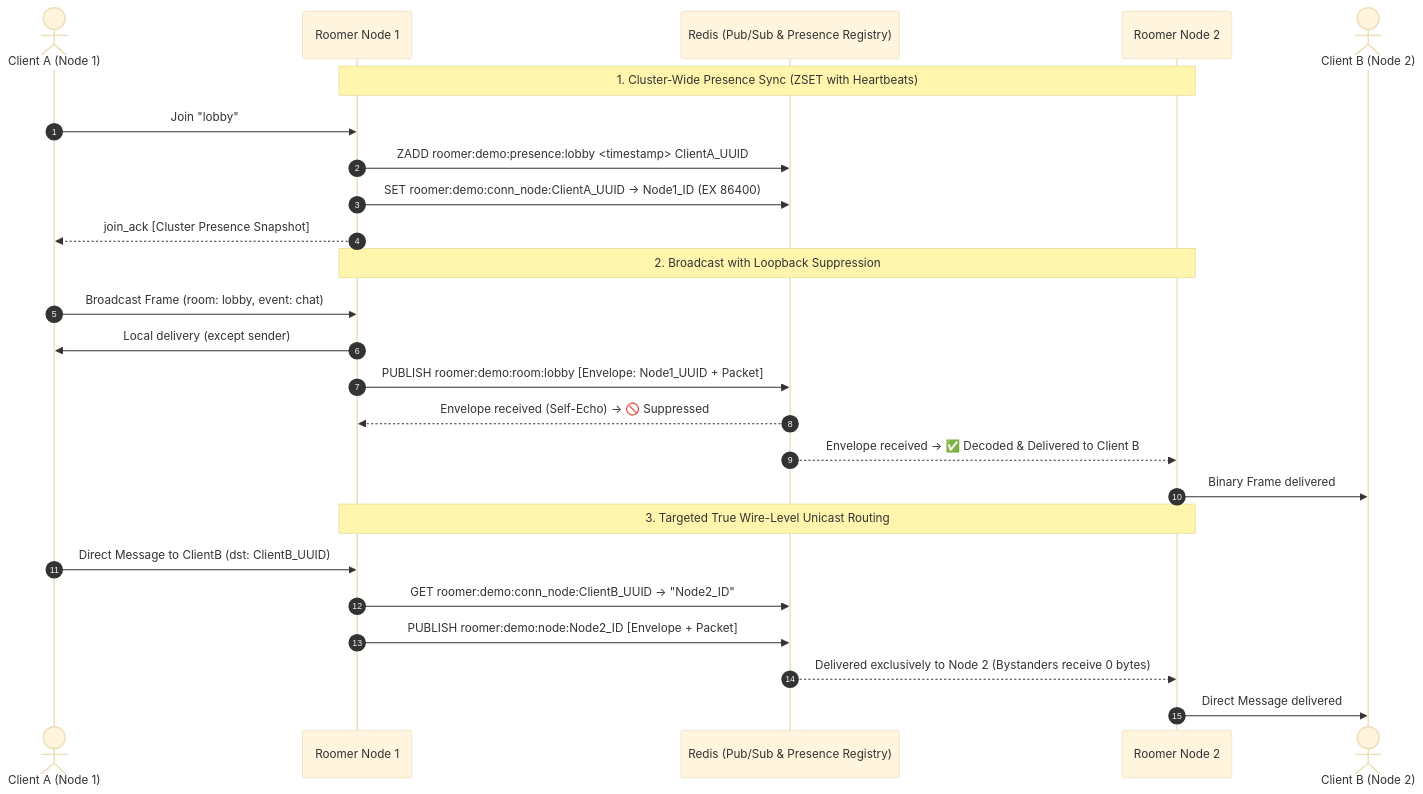
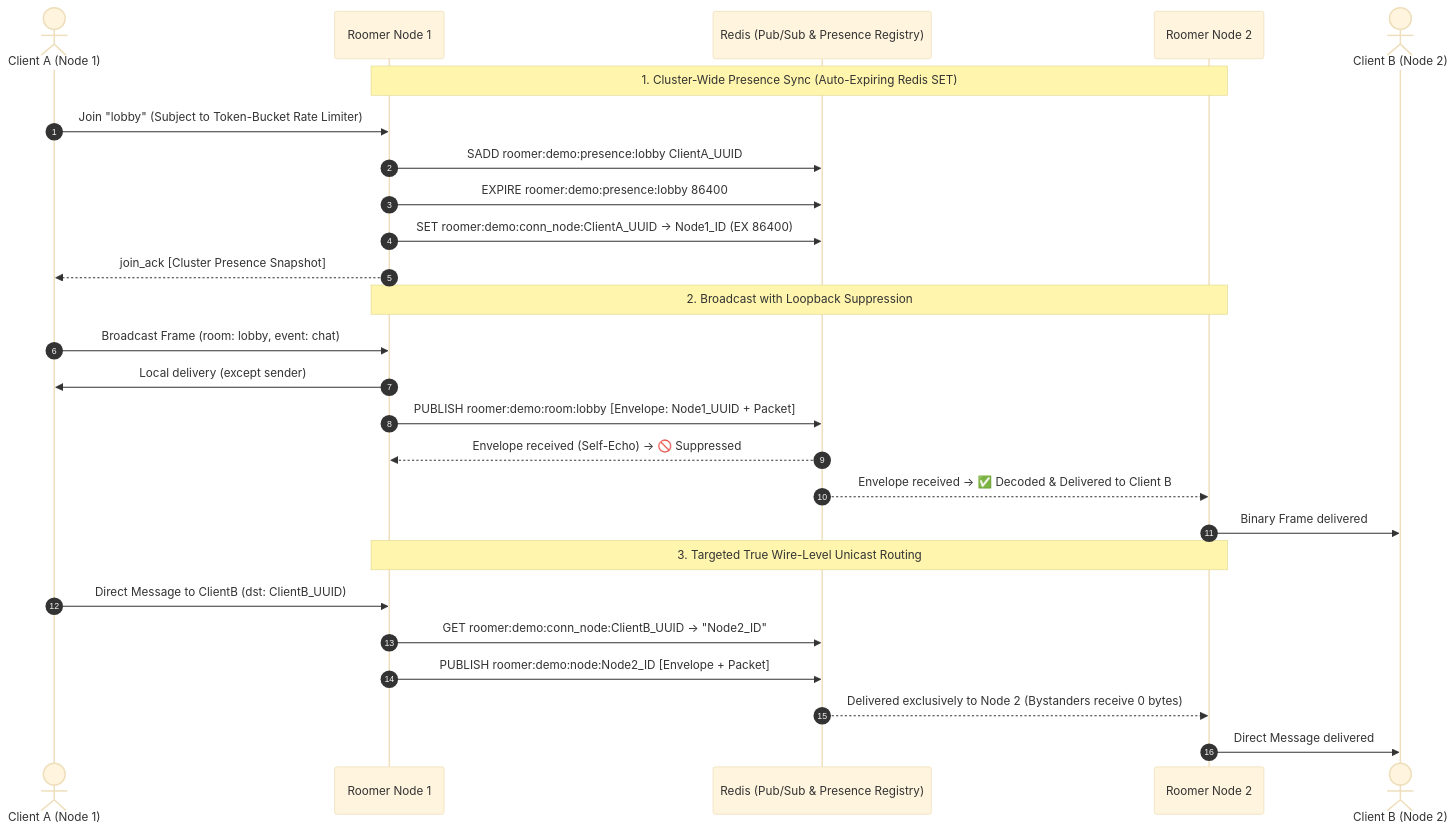
The diagram in README.md (joncody/roomer), drawn with Mermaid (base theme) before and after one commit. The commit also changed other lines of this file and 57 other files, not shown here.

````diff
--- a/README.md
+++ b/README.md
@@ -79,30 +99,31 @@
 ```mermaid
 sequenceDiagram
     autonumber
     actor ClientA as Client A (Node 1)
     participant Node1 as Roomer Node 1
     participant Redis as Redis (Pub/Sub & Presence Registry)
     participant Node2 as Roomer Node 2
     actor ClientB as Client B (Node 2)
 
-    Note over Node1,Node2: 1. Cluster-Wide Presence Sync (ZSET with Heartbeats)
-    ClientA->>Node1: Join "lobby"
-    Node1->>Redis: ZADD roomer:demo:presence:lobby <timestamp> ClientA_UUID
+    Note over Node1,Node2: 1. Cluster-Wide Presence Sync (Auto-Expiring Redis SET)
+    ClientA->>Node1: Join "lobby" (Subject to Token-Bucket Rate Limiter)
+    Node1->>Redis: SADD roomer:demo:presence:lobby ClientA_UUID
+    Node1->>Redis: EXPIRE roomer:demo:presence:lobby 86400
     Node1->>Redis: SET roomer:demo:conn_node:ClientA_UUID -> Node1_ID (EX 86400)
     Node1-->>ClientA: join_ack [Cluster Presence Snapshot]
 
     Note over Node1,Node2: 2. Broadcast with Loopback Suppression
     ClientA->>Node1: Broadcast Frame (room: lobby, event: chat)
     Node1->>ClientA: Local delivery (except sender)
     Node1->>Redis: PUBLISH roomer:demo:room:lobby [Envelope: Node1_UUID + Packet]
     Redis-->>Node1: Envelope received (Self-Echo) -> 🚫 Suppressed
     Redis-->>Node2: Envelope received -> ✅ Decoded & Delivered to Client B
     Node2->>ClientB: Binary Frame delivered
 
     Note over Node1,Node2: 3. Targeted True Wire-Level Unicast Routing
     ClientA->>Node1: Direct Message to ClientB (dst: ClientB_UUID)
     Node1->>Redis: GET roomer:demo:conn_node:ClientB_UUID -> "Node2_ID"
     Node1->>Redis: PUBLISH roomer:demo:node:Node2_ID [Envelope + Packet]
     Redis-->>Node2: Delivered exclusively to Node 2 (Bystanders receive 0 bytes)
     Node2->>ClientB: Direct Message delivered
 ```
````
